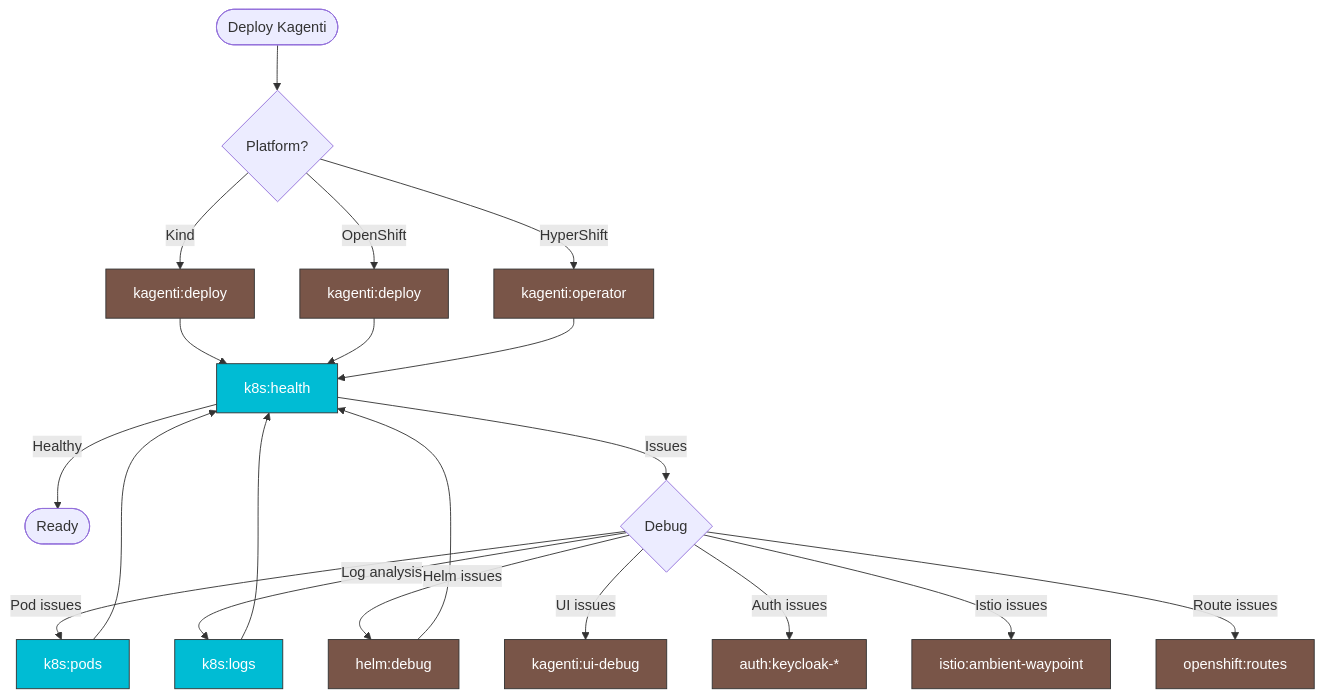
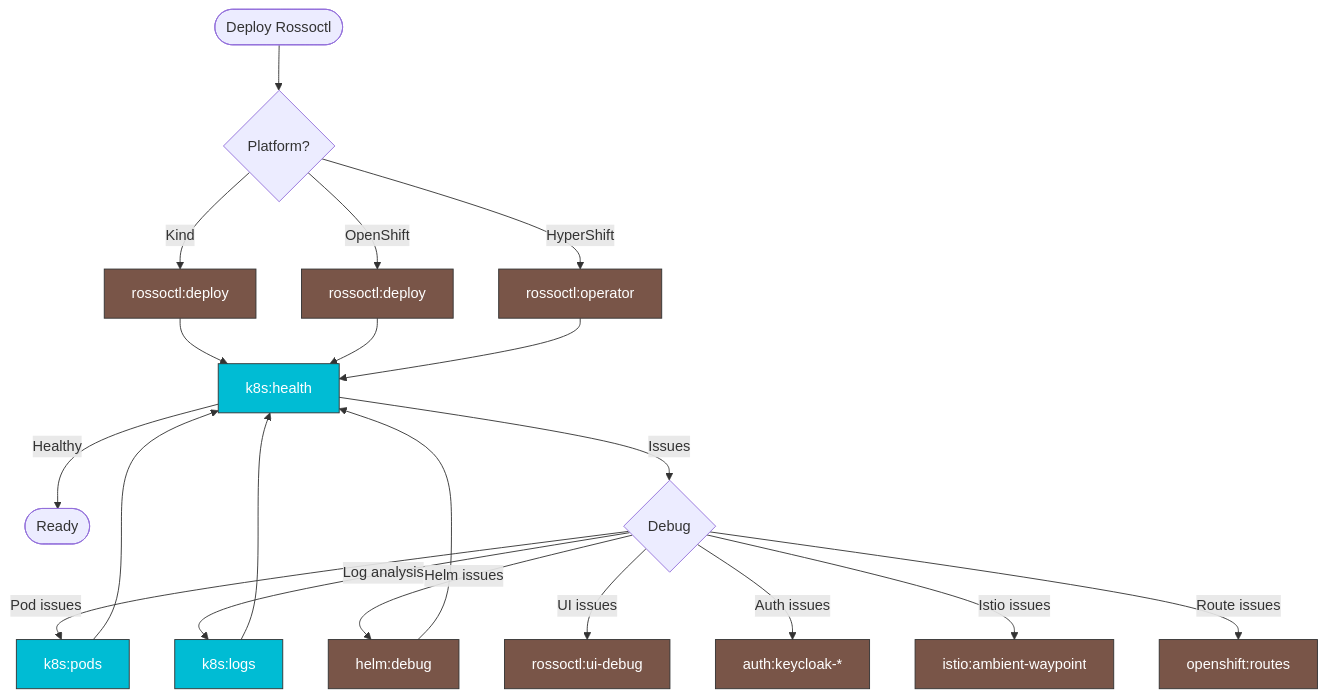
The eighth of 10 diagrams in .claude/skills/README.md (kagenti/kagenti), drawn with Mermaid before and after one commit. The commit also changed other lines of this file and 1316 other files, not shown here.

First line of the commit message:
⚠️ Rename Kagenti → Rossoctl across the flagship repo (→ rossoctl)

````diff
--- a/.claude/skills/README.md
+++ b/.claude/skills/README.md
@@ -247,28 +247,28 @@
 ```mermaid
 flowchart TD
-    DEPLOY([Deploy Kagenti]) --> TYPE{Platform?}
-    TYPE -->|Kind| KDEPLOY["kagenti:deploy"]:::deploy
-    TYPE -->|OpenShift| ODEPLOY["kagenti:deploy"]:::deploy
-    TYPE -->|HyperShift| HSDEPLOY["kagenti:operator"]:::deploy
+    DEPLOY([Deploy Rossoctl]) --> TYPE{Platform?}
+    TYPE -->|Kind| KDEPLOY["rossoctl:deploy"]:::deploy
+    TYPE -->|OpenShift| ODEPLOY["rossoctl:deploy"]:::deploy
+    TYPE -->|HyperShift| HSDEPLOY["rossoctl:operator"]:::deploy
 
     KDEPLOY --> HEALTH["k8s:health"]:::k8s
     ODEPLOY --> HEALTH
     HSDEPLOY --> HEALTH
 
     HEALTH -->|Healthy| DONE([Ready])
     HEALTH -->|Issues| DEBUG{Debug}
     DEBUG -->|Pod issues| PODS["k8s:pods"]:::k8s
     DEBUG -->|Log analysis| LOGS["k8s:logs"]:::k8s
     DEBUG -->|Helm issues| HELM["helm:debug"]:::deploy
-    DEBUG -->|UI issues| UI["kagenti:ui-debug"]:::deploy
+    DEBUG -->|UI issues| UI["rossoctl:ui-debug"]:::deploy
     DEBUG -->|Auth issues| AUTH["auth:keycloak-*"]:::deploy
     DEBUG -->|Istio issues| ISTIO["istio:ambient-waypoint"]:::deploy
     DEBUG -->|Route issues| ROUTES["openshift:routes"]:::deploy
 
     PODS --> HEALTH
     LOGS --> HEALTH
     HELM --> HEALTH
 
     classDef deploy fill:#795548,stroke:#333,color:white
     classDef k8s fill:#00BCD4,stroke:#333,color:white
 ```
````
